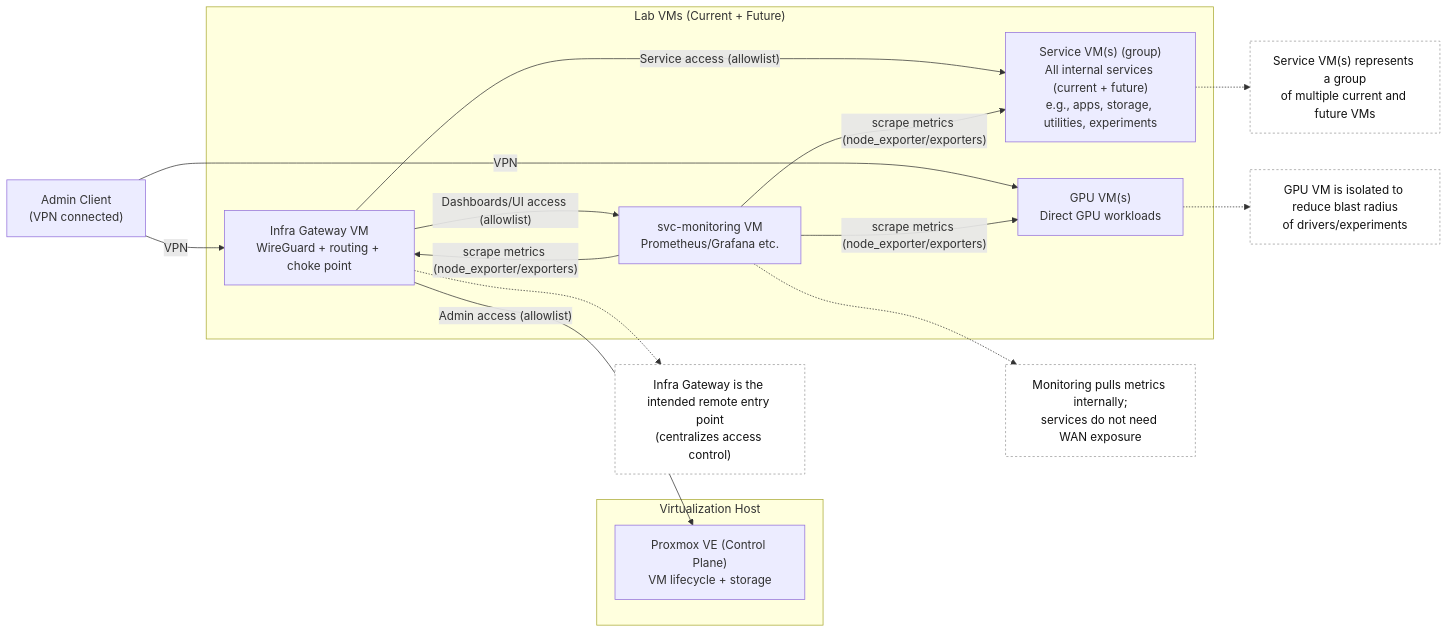
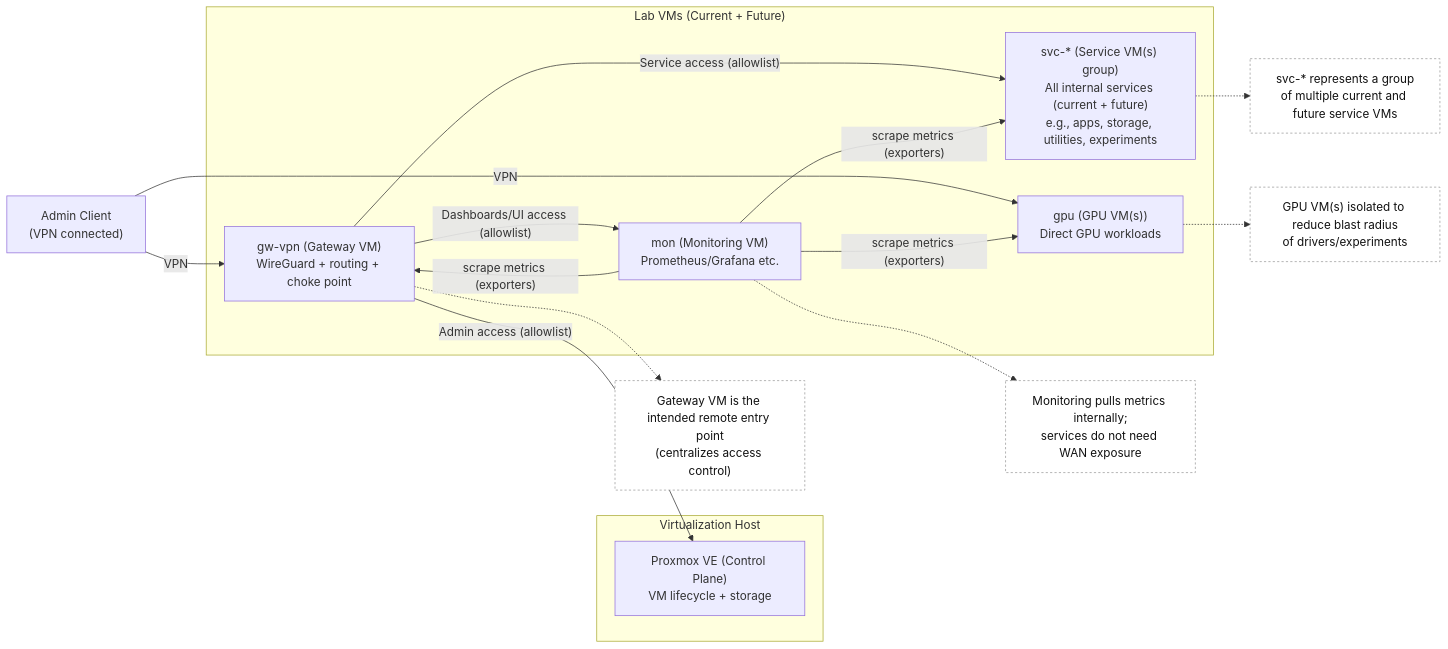
The diagram in docs/diagrams/vm-map.md (AmoghKaushik/secure-virtualized-home-lab), drawn with Mermaid before and after one commit. The commit also changed other lines of this file and 2 other files, not shown here.

Commit message:
docs: clarify diagram format and add diagram headers

````diff
--- a/docs/diagrams/vm-map.md
+++ b/docs/diagrams/vm-map.md
@@ -1,50 +5,50 @@
 ```mermaid
 flowchart LR
   Client["Admin Client<br/>(VPN connected)"]
 
   %% Keep host separate; short title prevents clipping in some renderers
   subgraph Host["Virtualization Host"]
     PVE["Proxmox VE (Control Plane)<br/>VM lifecycle + storage"]
   end
 
   %% Main VM grouping (covers current + future)
   subgraph VMs["Lab VMs (Current + Future)"]
-    IG["Infra Gateway VM<br/>WireGuard + routing + choke point"]
-    GPU["GPU VM(s)<br/>Direct GPU workloads"]
+    GW["gw-vpn (Gateway VM)<br/>WireGuard + routing + choke point"]
+    GPU["gpu (GPU VM(s))<br/>Direct GPU workloads"]
 
     %% Monitoring (explicit identity)
-    MON["svc-monitoring VM<br/>Prometheus/Grafana etc."]
+    MON["mon (Monitoring VM)<br/>Prometheus/Grafana etc."]
 
     %% Collective group for all service VMs (now and later)
-    SVC_ALL["Service VM(s) (group)<br/>All internal services (current + future)<br/>e.g., apps, storage, utilities, experiments"]
+    SVC_ALL["svc-* (Service VM(s) group)<br/>All internal services (current + future)<br/>e.g., apps, storage, utilities, experiments"]
   end
 
   %% Access paths (admin reachability)
-  Client -->|VPN| IG
+  Client -->|VPN| GW
   Client -->|VPN| GPU
 
   %% Admin plane (control plane access)
-  IG -->|"Admin access (allowlist)"| PVE
+  GW -->|"Admin access (allowlist)"| PVE
 
   %% Service reachability (from VPN entry point)
-  IG -->|"Service access (allowlist)"| SVC_ALL
-  IG -->|"Dashboards/UI access (allowlist)"| MON
+  GW -->|"Service access (allowlist)"| SVC_ALL
+  GW -->|"Dashboards/UI access (allowlist)"| MON
 
   %% Observability model (Prometheus pulls via exporters)
-  MON -->|"scrape metrics (node_exporter/exporters)"| IG
-  MON -->|"scrape metrics (node_exporter/exporters)"| SVC_ALL
-  MON -->|"scrape metrics (node_exporter/exporters)"| GPU
+  MON -->|"scrape metrics (exporters)"| GW
+  MON -->|"scrape metrics (exporters)"| SVC_ALL
+  MON -->|"scrape metrics (exporters)"| GPU
 
   %% Notes (kept minimal to avoid layout distortion)
   classDef note fill:#fff,stroke:#999,stroke-dasharray: 3 3,color:#111;
 
-  N1["Infra Gateway is the intended remote entry point<br/>(centralizes access control)"]:::note
+  N1["Gateway VM is the intended remote entry point<br/>(centralizes access control)"]:::note
   N2["Monitoring pulls metrics internally;<br/>services do not need WAN exposure"]:::note
-  N3["GPU VM is isolated to reduce blast radius<br/>of drivers/experiments"]:::note
-  N4["Service VM(s) represents a group<br/>of multiple current and future VMs"]:::note
+  N3["GPU VM(s) isolated to reduce blast radius<br/>of drivers/experiments"]:::note
+  N4["svc-* represents a group<br/>of multiple current and future service VMs"]:::note
 
-  IG -.-> N1
+  GW -.-> N1
   MON -.-> N2
   GPU -.-> N3
   SVC_ALL -.-> N4
 ```
````
